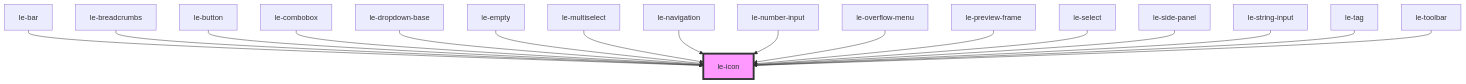
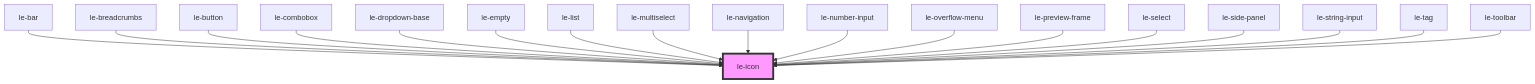
Before and after one commit to leechy/le-kit: the diagram in packages/core/src/components/le-icon/readme.md, drawn with Mermaid. The commit also changed other lines of this file and 10 other files, not shown here.

````diff
--- a/packages/core/src/components/le-icon/readme.md
+++ b/packages/core/src/components/le-icon/readme.md
@@ -56,20 +57,21 @@
 ```mermaid
 graph TD;
   le-bar --> le-icon
   le-breadcrumbs --> le-icon
   le-button --> le-icon
   le-combobox --> le-icon
   le-dropdown-base --> le-icon
   le-empty --> le-icon
+  le-list --> le-icon
   le-multiselect --> le-icon
   le-navigation --> le-icon
   le-number-input --> le-icon
   le-overflow-menu --> le-icon
   le-preview-frame --> le-icon
   le-select --> le-icon
   le-side-panel --> le-icon
   le-string-input --> le-icon
   le-tag --> le-icon
   le-toolbar --> le-icon
   style le-icon fill:#f9f,stroke:#333,stroke-width:4px
 ```
````
